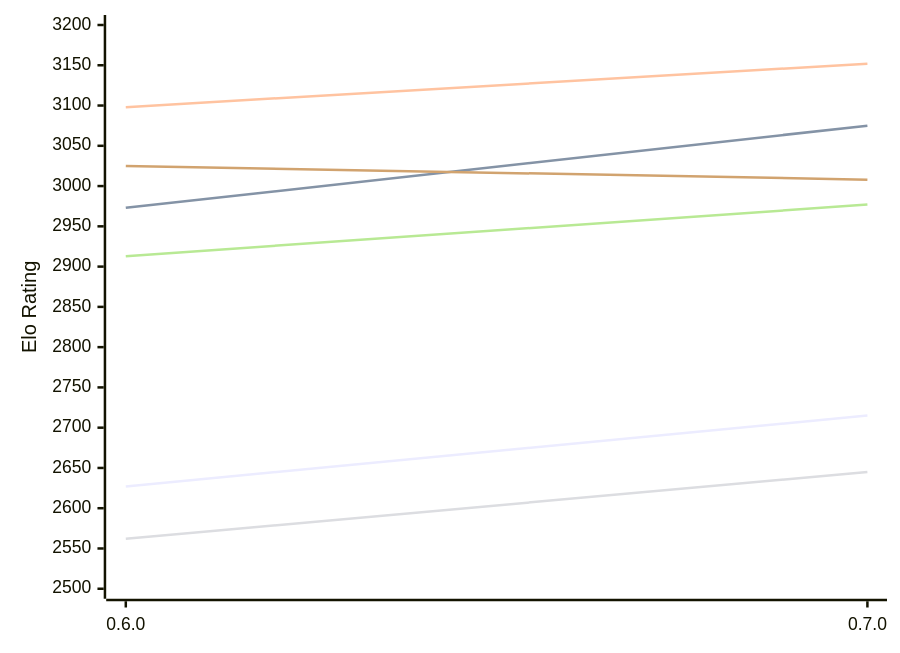
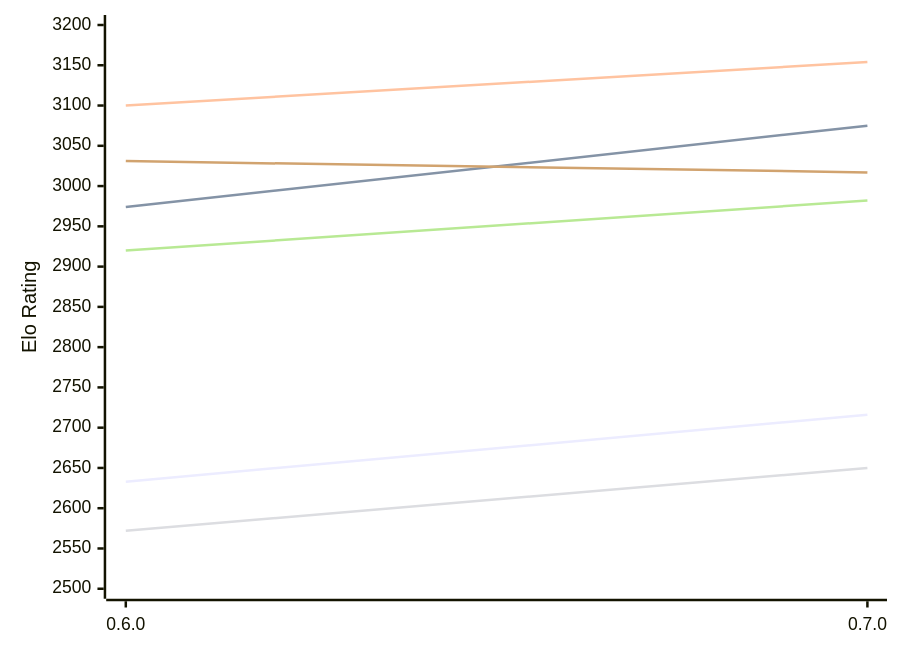
The first of 2 diagrams in engines/AteNika.md (computer-chess-index/cci), drawn with Mermaid before and after one commit. The commit also changed other lines of this file, not shown here.

Commit message:
Update CCI Ratings (ELO VLTC) - 2026-11-17

````diff
--- a/engines/AteNika.md
+++ b/engines/AteNika.md
@@ -52,12 +52,12 @@
 ```mermaid
 %%{init: {"theme":"base","themeVariables":{"seriesColors:['#a3a3a3','#222221','#faa371']}}}%%
 xychart-beta
   x-axis ["0.6.0", "0.7.0"]
   y-axis "Elo Rating" 2500 --> 3200
-  line "E1: STC (8.0+0.08s)" [2627, 2715]
-  line "E1: LTC (60.0+0.60s)" [2973, 3075]
-  line "E1: VLTC (2m24s+1.12s)" [3098, 3152]
-  line "P1: STC (8.0+0.08s)" [2562, 2645]
-  line "P1: LTC (60.0+0.60s)" [2913, 2977]
-  line "P1: VLTC (2m24s+1.12s)" [3025, 3008]
+  line "E1: STC (8.0+0.08s)" [2633, 2716]
+  line "E1: LTC (60.0+0.60s)" [2974, 3075]
+  line "E1: VLTC (2m24s+1.12s)" [3100, 3154]
+  line "P1: STC (8.0+0.08s)" [2572, 2650]
+  line "P1: LTC (60.0+0.60s)" [2920, 2982]
+  line "P1: VLTC (2m24s+1.12s)" [3031, 3017]
 ```
````
